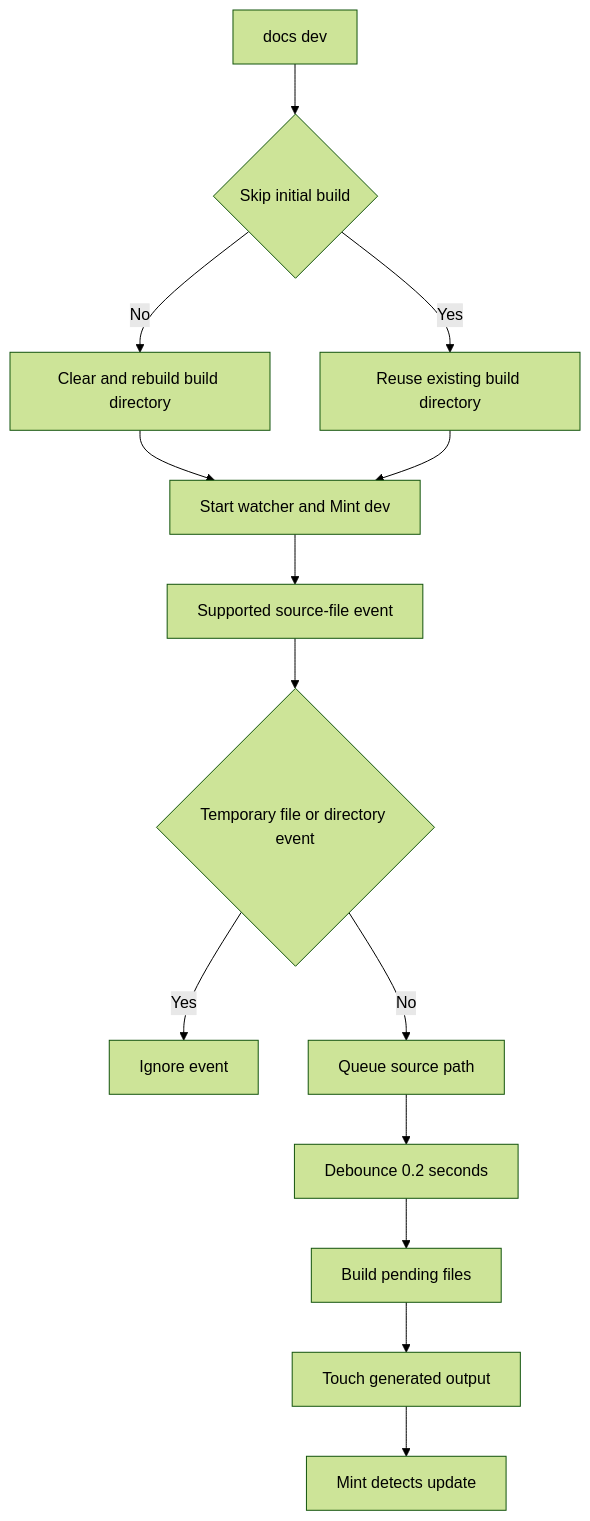
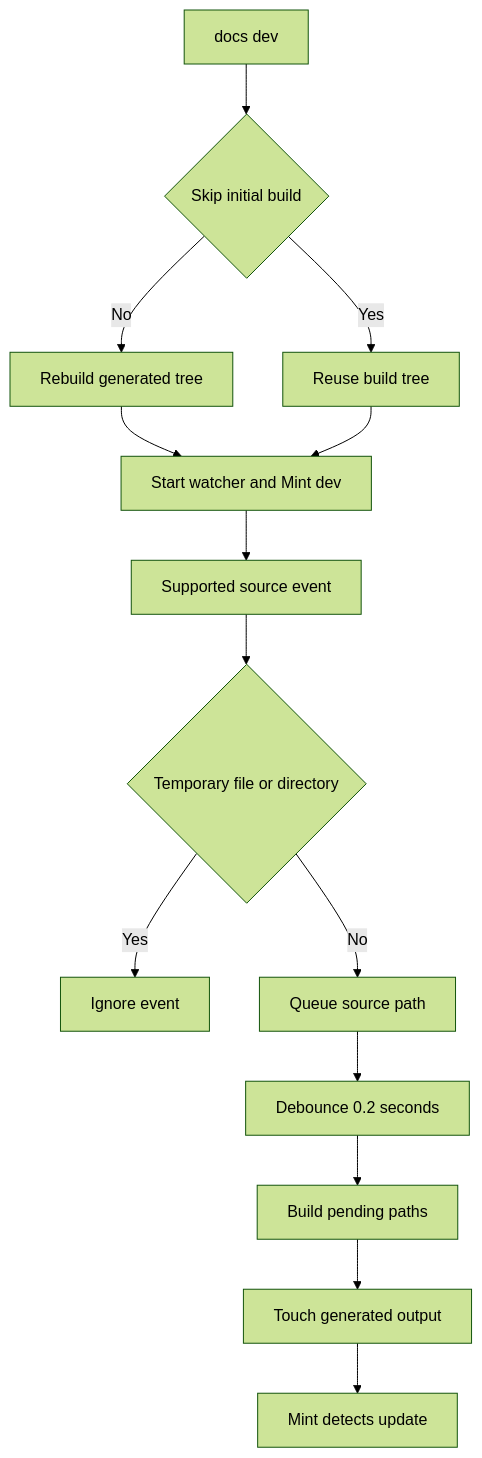
The diagram in openwiki/operations/cli-tools.md (langchain-ai/docs), drawn with Mermaid (forest theme) before and after one commit. The commit also changed other lines of this file and 25 other files, not shown here.

````diff
--- a/openwiki/operations/cli-tools.md
+++ b/openwiki/operations/cli-tools.md
@@ -97,16 +84,16 @@
 ```mermaid
 flowchart TD
-    Start["docs dev"] --> Choice{"Skip initial build"}
-    Choice -->|"No"| Full["Clear and rebuild build directory"]
-    Choice -->|"Yes"| Reuse["Reuse existing build directory"]
-    Full --> Services["Start watcher and Mint dev"]
-    Reuse --> Services
-    Services --> Change["Supported source-file event"]
-    Change --> Filter{"Temporary file or directory event"}
-    Filter -->|"Yes"| Ignore["Ignore event"]
-    Filter -->|"No"| Queue["Queue source path"]
-    Queue --> Delay["Debounce 0.2 seconds"]
-    Delay --> Incremental["Build pending files"]
-    Incremental --> Touch["Touch generated output"]
-    Touch --> Reload["Mint detects update"]
+  Start["docs dev"] --> Decide{"Skip initial build"}
+  Decide -->|"No"| Full["Rebuild generated tree"]
+  Decide -->|"Yes"| Reuse["Reuse build tree"]
+  Full --> Services["Start watcher and Mint dev"]
+  Reuse --> Services
+  Services --> Change["Supported source event"]
+  Change --> Filter{"Temporary file or directory"}
+  Filter -->|"Yes"| Ignore["Ignore event"]
+  Filter -->|"No"| Queue["Queue source path"]
+  Queue --> Delay["Debounce 0.2 seconds"]
+  Delay --> Build["Build pending paths"]
+  Build --> Touch["Touch generated output"]
+  Touch --> Reload["Mint detects update"]
 ```
````
